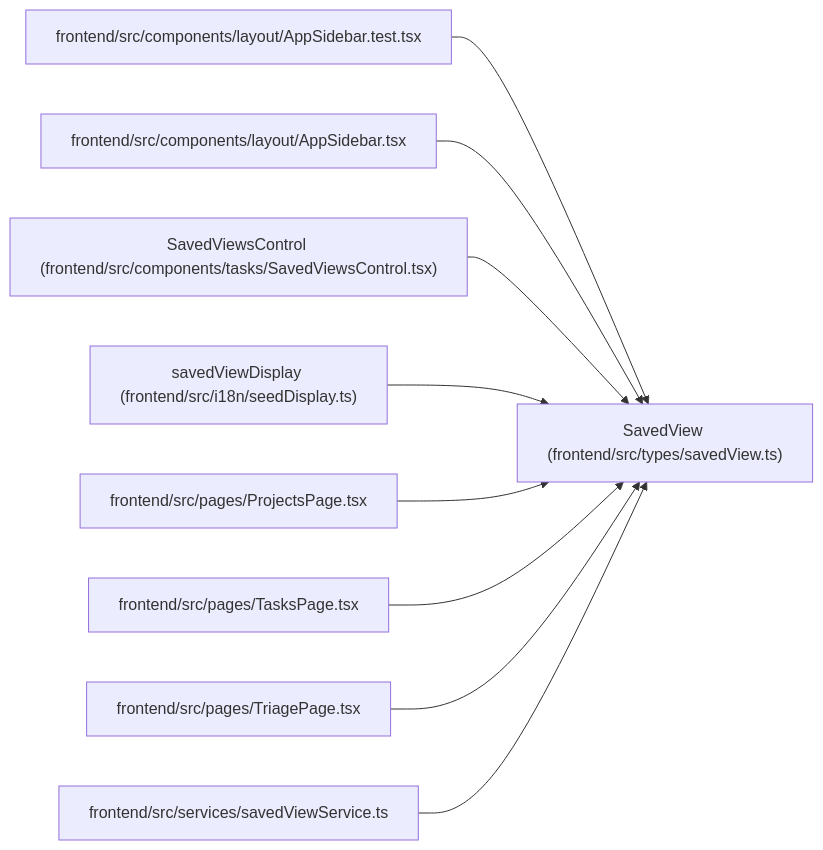
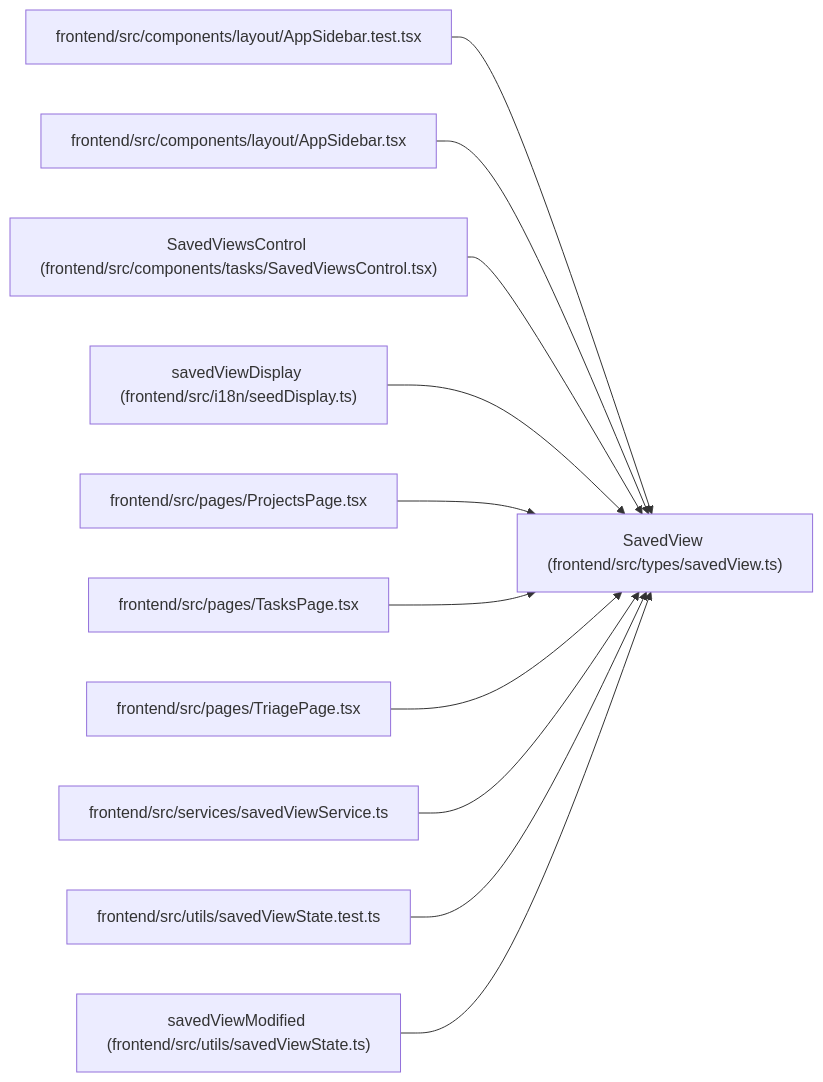
One commit to Denissvgn/WorkChord changed the diagram in docs/llm_wiki/entities/savedView_SavedView.md. Above: the diagram before and after it, drawn with Mermaid. The commit also changed other lines of this file and 1888 other files, not shown here.

````diff
--- a/docs/llm_wiki/entities/savedView_SavedView.md
+++ b/docs/llm_wiki/entities/savedView_SavedView.md
@@ -41,29 +41,35 @@
 ```mermaid
 flowchart LR
     n0["SavedView (frontend/src/types/savedView.ts)"]
     n1["frontend/src/components/layout/AppSidebar.test.tsx"]
     n2["frontend/src/components/layout/AppSidebar.tsx"]
     n3["SavedViewsControl (frontend/src/components/tasks/SavedViewsControl.tsx)"]
     n4["savedViewDisplay (frontend/src/i18n/seedDisplay.ts)"]
     n5["frontend/src/pages/ProjectsPage.tsx"]
     n6["frontend/src/pages/TasksPage.tsx"]
     n7["frontend/src/pages/TriagePage.tsx"]
     n8["frontend/src/services/savedViewService.ts"]
+    n9["frontend/src/utils/savedViewState.test.ts"]
+    n10["savedViewModified (frontend/src/utils/savedViewState.ts)"]
     n1 --> n0
     n2 --> n0
     n3 --> n0
     n4 --> n0
     n5 --> n0
     n6 --> n0
     n7 --> n0
     n8 --> n0
+    n9 --> n0
+    n10 --> n0
     click n0 "../modules/savedView.md"
     click n1 "../modules/AppSidebar.test.md"
     click n2 "../modules/AppSidebar.md"
     click n3 "../modules/SavedViewsControl.md"
     click n4 "../modules/seedDisplay.md"
     click n5 "../modules/ProjectsPage.md"
     click n6 "../modules/TasksPage.md"
     click n7 "../modules/TriagePage.md"
     click n8 "../modules/savedViewService.md"
+    click n9 "../modules/savedViewState.test.md"
+    click n10 "../modules/savedViewState.md"
 ```
````
